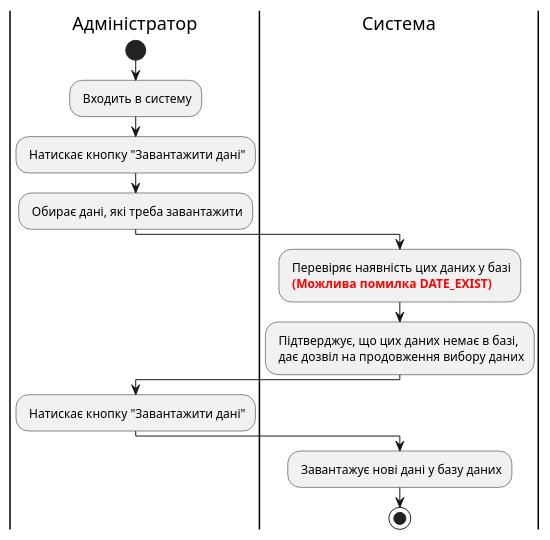
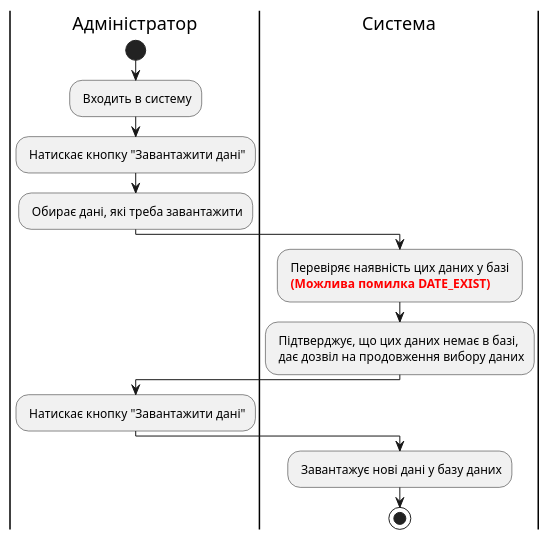
Diagram 11 of 15 in docs/use cases/README.md (qrqwqeqt/edu_db_labs), drawn with PlantUML before and after one commit. The commit also changed other lines of this file, not shown here.

```diff
--- a/docs/use cases/README.md
+++ b/docs/use cases/README.md
@@ -388,19 +299,18 @@
 @startuml
 |Адміністратор|
 start;
 : Входить в систему;
 : Натискає кнопку "Завантажити дані";
 : Обирає дані, які треба завантажити;
 
 |Система|
-: Перевіряє наявність цих даних у базі
-<font color="red"><b> (Можлива помилка DATE_EXIST);
+: Перевіряє наявність цих даних у базі \n<font color="red"><b> (Можлива помилка DATE_EXIST);
 : Підтверджує, що цих даних немає в базі,\n дає дозвіл на продовження вибору даних;
 
 |Адміністратор|
 : Натискає кнопку "Завантажити дані";
 
 |Система|
 : Завантажує нові дані у базу даних;
 stop;
 @enduml
```
